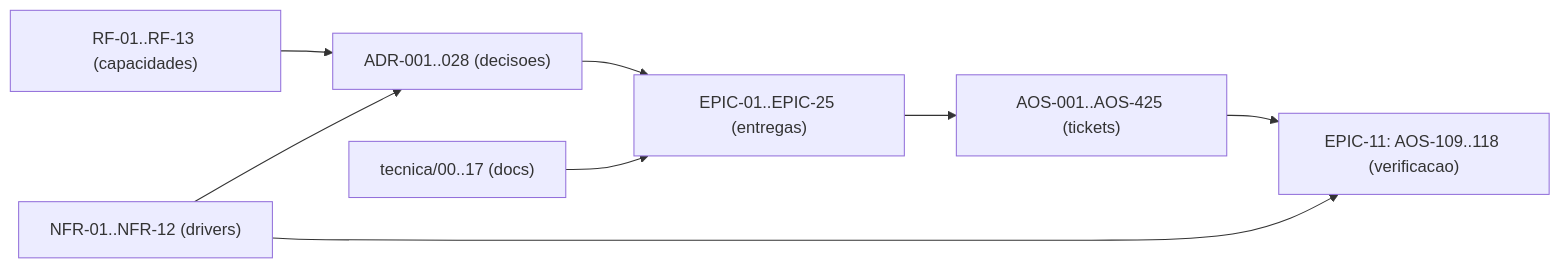
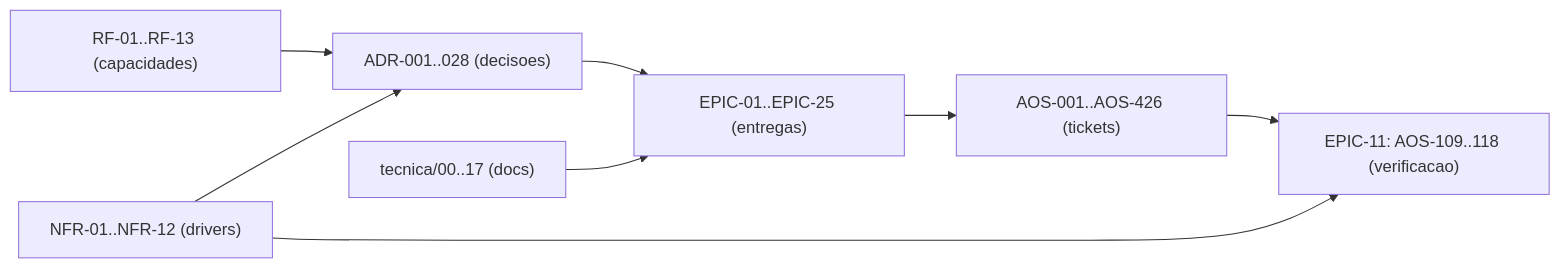
Before and after one commit to albinoJimy/aos: the diagram in tecnica/16_Rastreabilidade_RTM.md, drawn with Mermaid. The commit also changed other lines of this file and 5 other files, not shown here.

````diff
--- a/tecnica/16_Rastreabilidade_RTM.md
+++ b/tecnica/16_Rastreabilidade_RTM.md
@@ -188,10 +188,10 @@
 ```mermaid
 flowchart LR
     RF["RF-01..RF-13 (capacidades)"] --> ADR["ADR-001..028 (decisoes)"]
     NFR["NFR-01..NFR-12 (drivers)"] --> ADR
     ADR --> EPIC["EPIC-01..EPIC-25 (entregas)"]
-    EPIC --> TICK["AOS-001..AOS-425 (tickets)"]
+    EPIC --> TICK["AOS-001..AOS-426 (tickets)"]
     DOC["tecnica/00..17 (docs)"] --> EPIC
     TICK --> TEST["EPIC-11: AOS-109..118 (verificacao)"]
     NFR --> TEST
 ```
````
